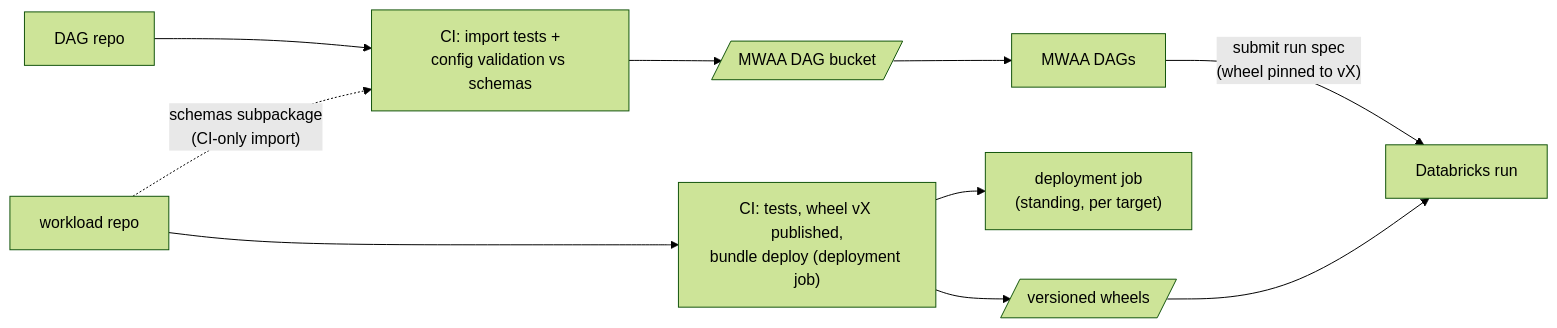
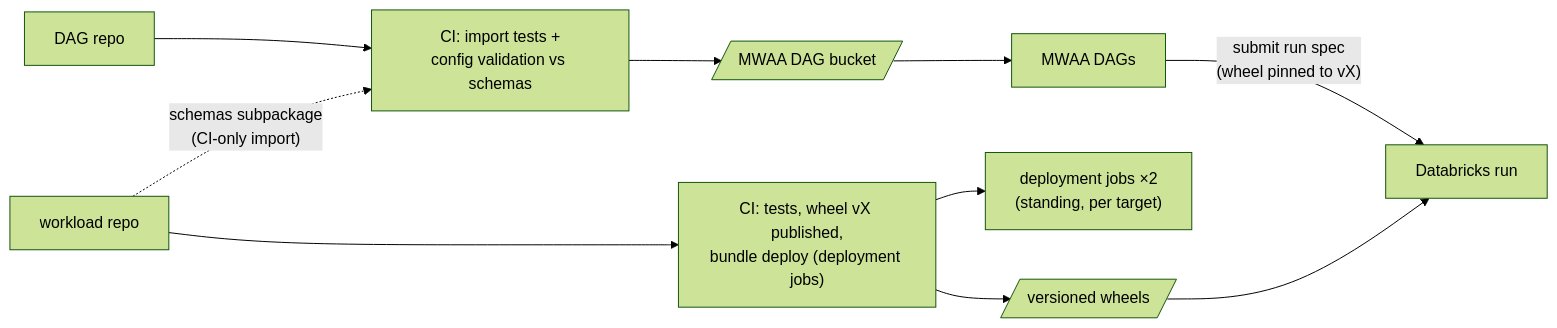
The diagram in design_docs/08_orchestration_repos.md (cunha-sigma/ml_offline), drawn with Mermaid (forest theme) before and after one commit. The commit also changed other lines of this file and 11 other files, not shown here.

````diff
--- a/design_docs/08_orchestration_repos.md
+++ b/design_docs/08_orchestration_repos.md
@@ -152,12 +157,12 @@
 ```mermaid
 flowchart LR
-  WR["workload repo"] --> CI2["CI: tests, wheel vX published,<br/>bundle deploy (deployment job)"]
+  WR["workload repo"] --> CI2["CI: tests, wheel vX published,<br/>bundle deploy (deployment jobs)"]
   CI2 --> WHL[/"versioned wheels"/]
-  CI2 --> DJ["deployment job<br/>(standing, per target)"]
+  CI2 --> DJ["deployment jobs ×2<br/>(standing, per target)"]
   DR["DAG repo"] --> CI1["CI: import tests +<br/>config validation vs schemas"]
   WR -. "schemas subpackage<br/>(CI-only import)" .-> CI1
   CI1 --> S3B[/"MWAA DAG bucket"/]
   S3B --> MWAA["MWAA DAGs"]
   MWAA -- "submit run spec<br/>(wheel pinned to vX)" --> RUN["Databricks run"]
   WHL --> RUN
 ```
````
